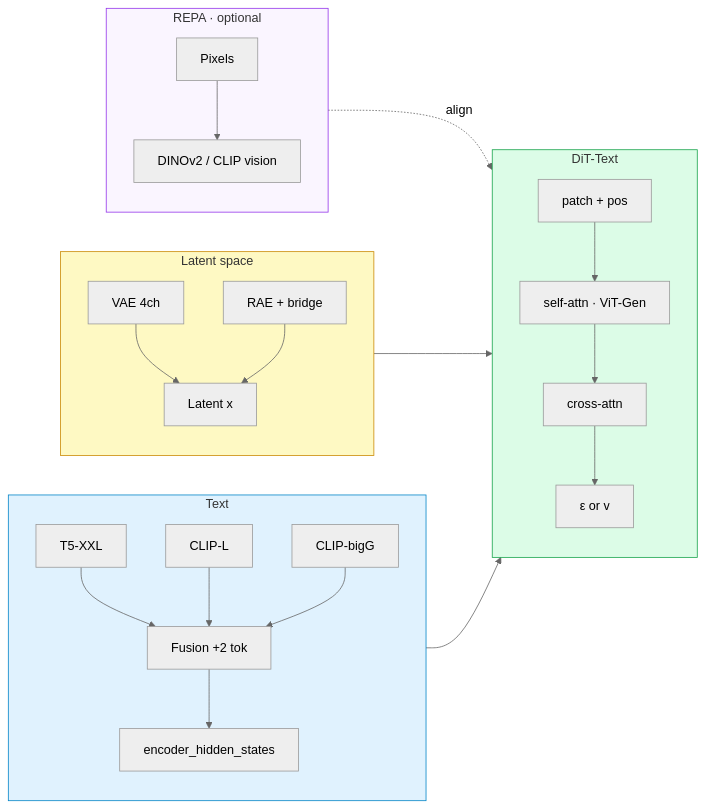
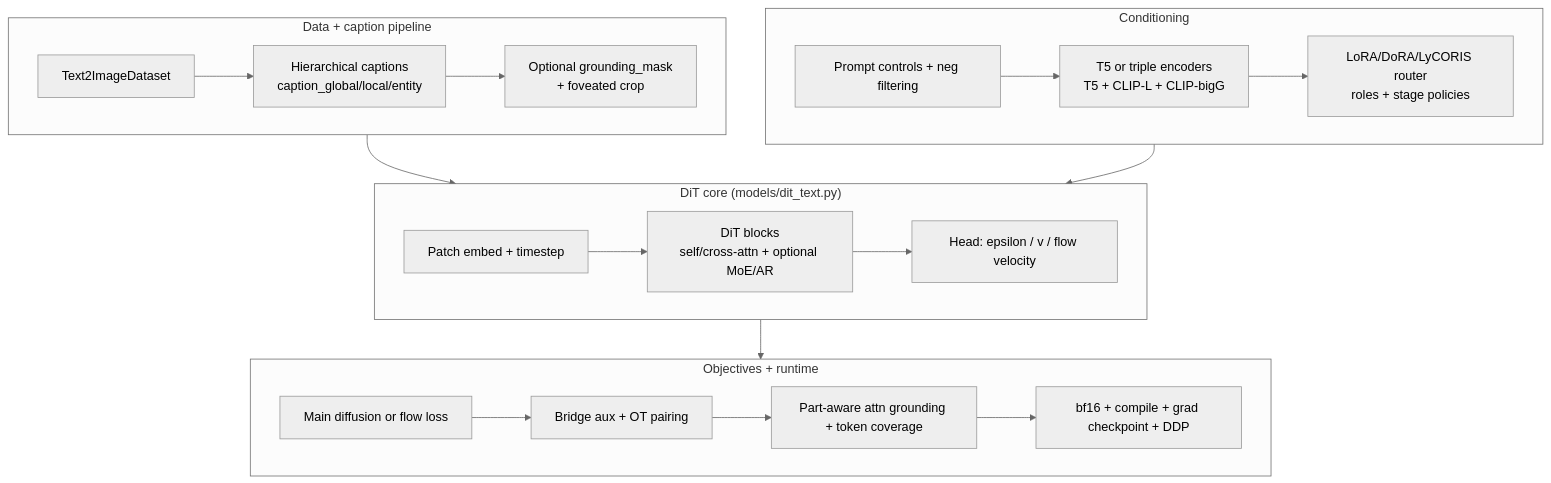
Before and after one commit to Llunarstack/sdx: the second of 3 diagrams in README.md, drawn with Mermaid. The commit also changed other lines of this file and 1 other file, not shown here.

First line of the commit message:
docs(readme): rewrite README and align architecture docs

````diff
--- a/README.md
+++ b/README.md
@@ -375,38 +59,36 @@
 ```mermaid
 %%{init: {'theme':'neutral'}}%%
-flowchart LR
-  subgraph TX["Text"]
-    direction TB
-    T5[T5-XXL] --> FU[Fusion +2 tok]
-    CL1[CLIP-L] --> FU
-    CL2[CLIP-bigG] --> FU
-    FU --> HID[encoder_hidden_states]
-  end
+flowchart TB
+    subgraph DATA["Data + caption pipeline"]
+      D0[Text2ImageDataset]
+      D1[Hierarchical captions<br/>caption_global/local/entity]
+      D2[Optional grounding_mask<br/>+ foveated crop]
+      D0 --> D1 --> D2
+    end
 
-  subgraph LT["Latent space"]
-    direction TB
-    VAE[VAE 4ch] --> LAT[Latent x]
-    RAE[RAE + bridge] --> LAT
-  end
+    subgraph COND["Conditioning"]
+      C0[Prompt controls + neg filtering]
+      C1[T5 or triple encoders<br/>T5 + CLIP-L + CLIP-bigG]
+      C2[LoRA/DoRA/LyCORIS router<br/>roles + stage policies]
+      C0 --> C1 --> C2
+    end
 
-  subgraph CORE["DiT-Text"]
-    direction TB
-    PE[patch + pos] --> SA[self-attn · ViT-Gen]
-    SA --> CA[cross-attn]
-    CA --> OUT[ε or v]
-  end
+    subgraph CORE["DiT core (models/dit_text.py)"]
+      M0[Patch embed + timestep]
+      M1[DiT blocks<br/>self/cross-attn + optional MoE/AR]
+      M2[Head: epsilon / v / flow velocity]
+      M0 --> M1 --> M2
+    end
 
-  subgraph RP["REPA · optional"]
-    direction TB
-    IM[Pixels] --> VS[DINOv2 / CLIP vision]
-  end
+    subgraph OBJ["Objectives + runtime"]
+      O0[Main diffusion or flow loss]
+      O1[Bridge aux + OT pairing]
+      O2[Part-aware attn grounding + token coverage]
+      O3[bf16 + compile + grad checkpoint + DDP]
+      O0 --> O1 --> O2 --> O3
+    end
 
-  LAT --> PE
-  HID --> CA
-  VS -.->|align| OUT
-
-  style TX fill:#e0f2fe,stroke:#0284c7
-  style LT fill:#fef9c3,stroke:#ca8a04
-  style CORE fill:#dcfce7,stroke:#16a34a
-  style RP fill:#faf5ff,stroke:#9333ea
+    DATA --> CORE
+    COND --> CORE
+    CORE --> OBJ
 ```
````
